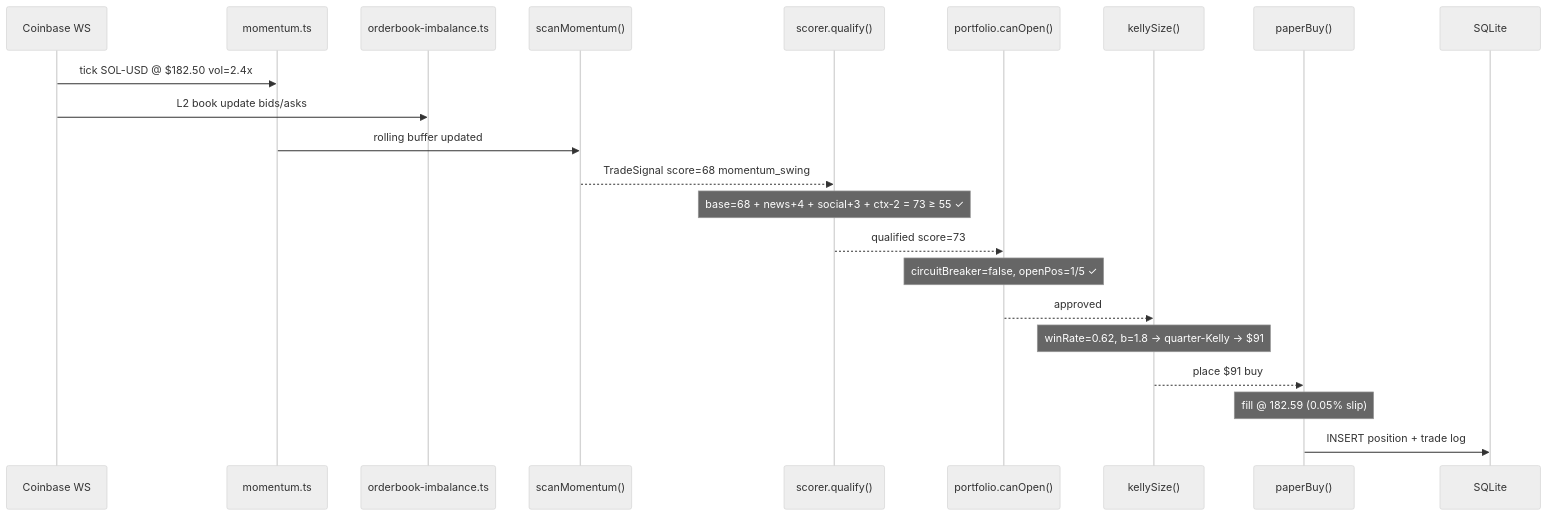
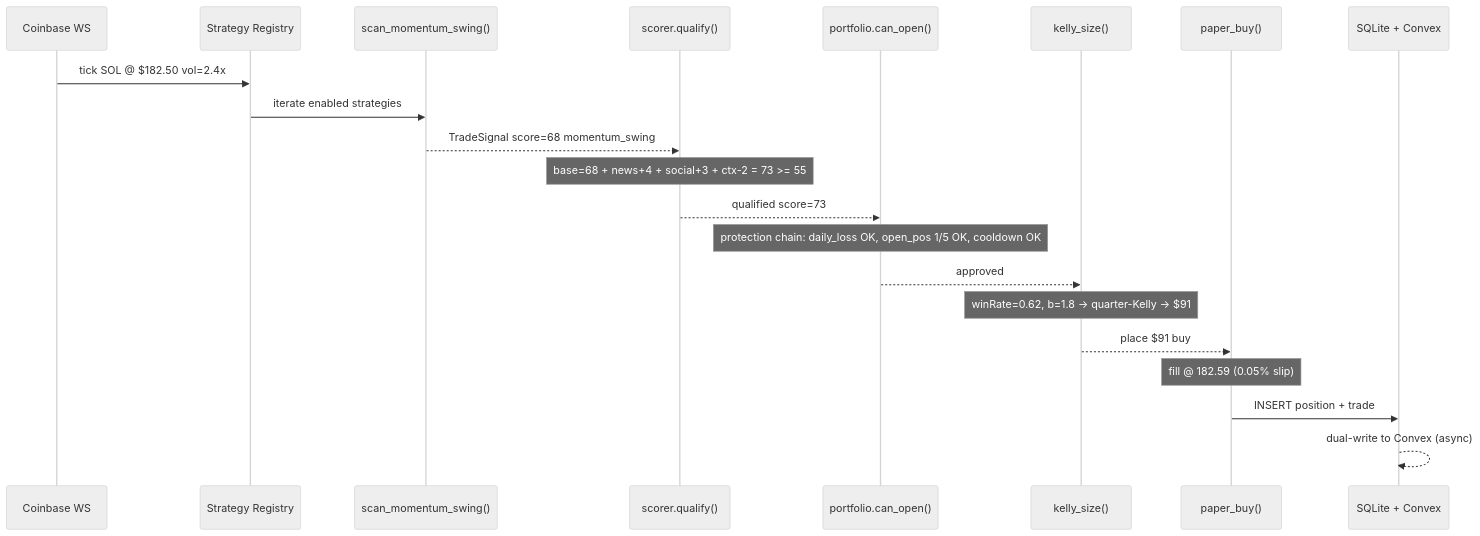
One commit to prateekjain98/kaizen-trader changed the third of 3 diagrams in docs/architecture.md. Above: the diagram before and after it, drawn with Mermaid (neutral theme). The commit also changed other lines of this file and 79 other files, not shown here.

````diff
--- a/docs/architecture.md
+++ b/docs/architecture.md
@@ -111,25 +220,24 @@
 ```mermaid
 sequenceDiagram
     participant WS as Coinbase WS
-    participant Momentum as momentum.ts
-    participant OB as orderbook-imbalance.ts
-    participant Scanner as scanMomentum()
+    participant Registry as Strategy Registry
+    participant Scanner as scan_momentum_swing()
     participant Scorer as scorer.qualify()
-    participant Portfolio as portfolio.canOpen()
-    participant Sizer as kellySize()
-    participant Exec as paperBuy()
-    participant DB as SQLite
+    participant Portfolio as portfolio.can_open()
+    participant Sizer as kelly_size()
+    participant Exec as paper_buy()
+    participant DB as SQLite + Convex
 
-    WS->>Momentum: tick SOL-USD @ $182.50 vol=2.4x
-    WS->>OB: L2 book update bids/asks
-    Momentum->>Scanner: rolling buffer updated
+    WS->>Registry: tick SOL @ $182.50 vol=2.4x
+    Registry->>Scanner: iterate enabled strategies
     Scanner-->>Scorer: TradeSignal score=68 momentum_swing
-    Note over Scorer: base=68 + news+4 + social+3 + ctx-2 = 73 ≥ 55 ✓
+    Note over Scorer: base=68 + news+4 + social+3 + ctx-2 = 73 >= 55
     Scorer-->>Portfolio: qualified score=73
-    Note over Portfolio: circuitBreaker=false, openPos=1/5 ✓
+    Note over Portfolio: protection chain: daily_loss OK, open_pos 1/5 OK, cooldown OK
     Portfolio-->>Sizer: approved
-    Note over Sizer: winRate=0.62, b=1.8 → quarter-Kelly → $91
+    Note over Sizer: winRate=0.62, b=1.8 -> quarter-Kelly -> $91
     Sizer-->>Exec: place $91 buy
     Note over Exec: fill @ 182.59 (0.05% slip)
-    Exec->>DB: INSERT position + trade log
+    Exec->>DB: INSERT position + trade
+    DB-->>DB: dual-write to Convex (async)
 ```
````
